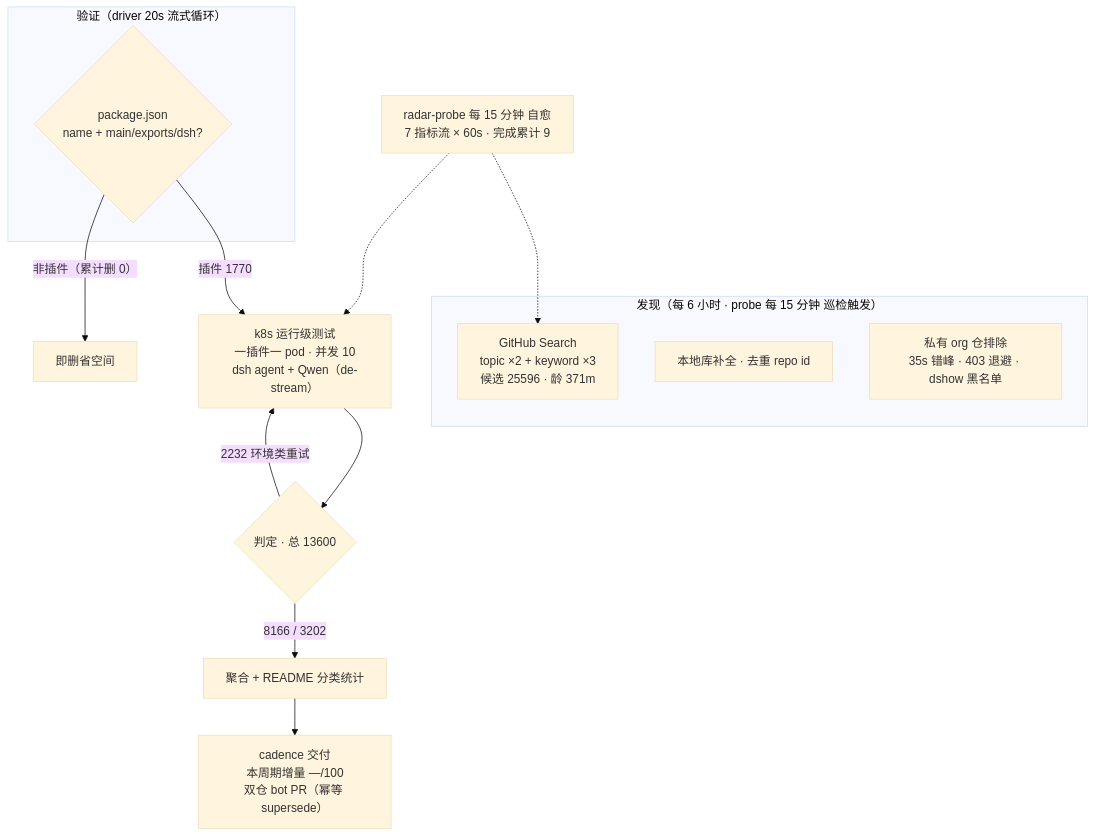
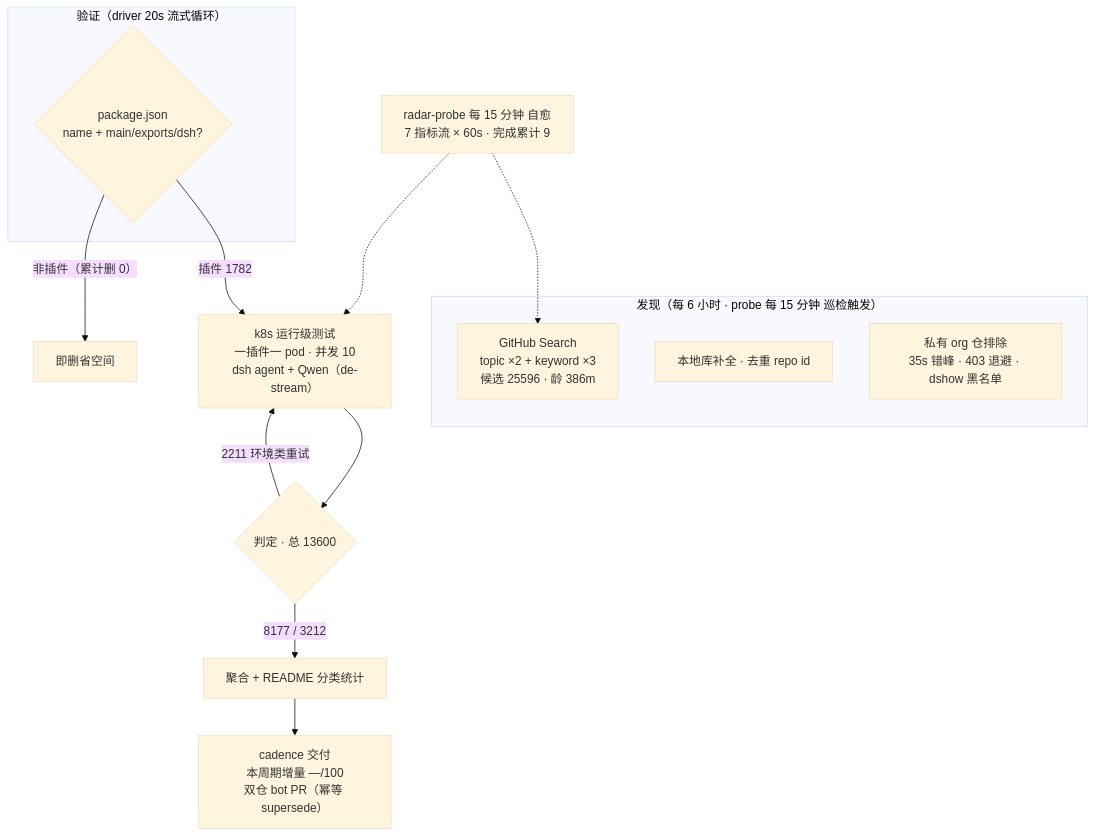
One commit to Zhidao-Lab-OSS/awesome-dsh-plugins changed the diagram in README.md. Above: the diagram before and after it, drawn with Mermaid (base theme). The commit also changed other lines of this file and 1 other file, not shown here.

````diff
--- a/README.md
+++ b/README.md
@@ -159,20 +159,20 @@
 ```mermaid
 flowchart TB
     subgraph Discovery["发现（每 6 小时 · probe 每 15 分钟 巡检触发）"]
-        A1["GitHub Search<br/>topic ×2 + keyword ×3<br/>候选 25596 · 龄 371m"]
+        A1["GitHub Search<br/>topic ×2 + keyword ×3<br/>候选 25596 · 龄 386m"]
         A2["本地库补全 · 去重 repo id"]
         A3["私有 org 仓排除<br/>35s 错峰 · 403 退避 · dshow 黑名单"]
     end
     subgraph Validation["验证（driver 20s 流式循环）"]
         B1{"package.json<br/>name + main/exports/dsh?"}
     end
-    B1 -->|"插件 1770"| C1["k8s 运行级测试<br/>一插件一 pod · 并发 10<br/>dsh agent + Qwen（de-stream）"]
+    B1 -->|"插件 1782"| C1["k8s 运行级测试<br/>一插件一 pod · 并发 10<br/>dsh agent + Qwen（de-stream）"]
     B1 -->|"非插件（累计删 0）"| B3["即删省空间"]
     C1 --> D1{"判定 · 总 13600"}
-    D1 -->|"8166 / 3202"| E1["聚合 + README 分类统计"]
-    D1 -->|"2232 环境类重试"| C1
+    D1 -->|"8177 / 3212"| E1["聚合 + README 分类统计"]
+    D1 -->|"2211 环境类重试"| C1
     E1 --> E2["cadence 交付<br/>本周期增量 —/100<br/>双仓 bot PR（幂等 supersede）"]
     M["radar-probe 每 15 分钟 自愈<br/>7 指标流 × 60s · 完成累计 9"]
     M -.-> A1
     M -.-> C1
 ```
````
